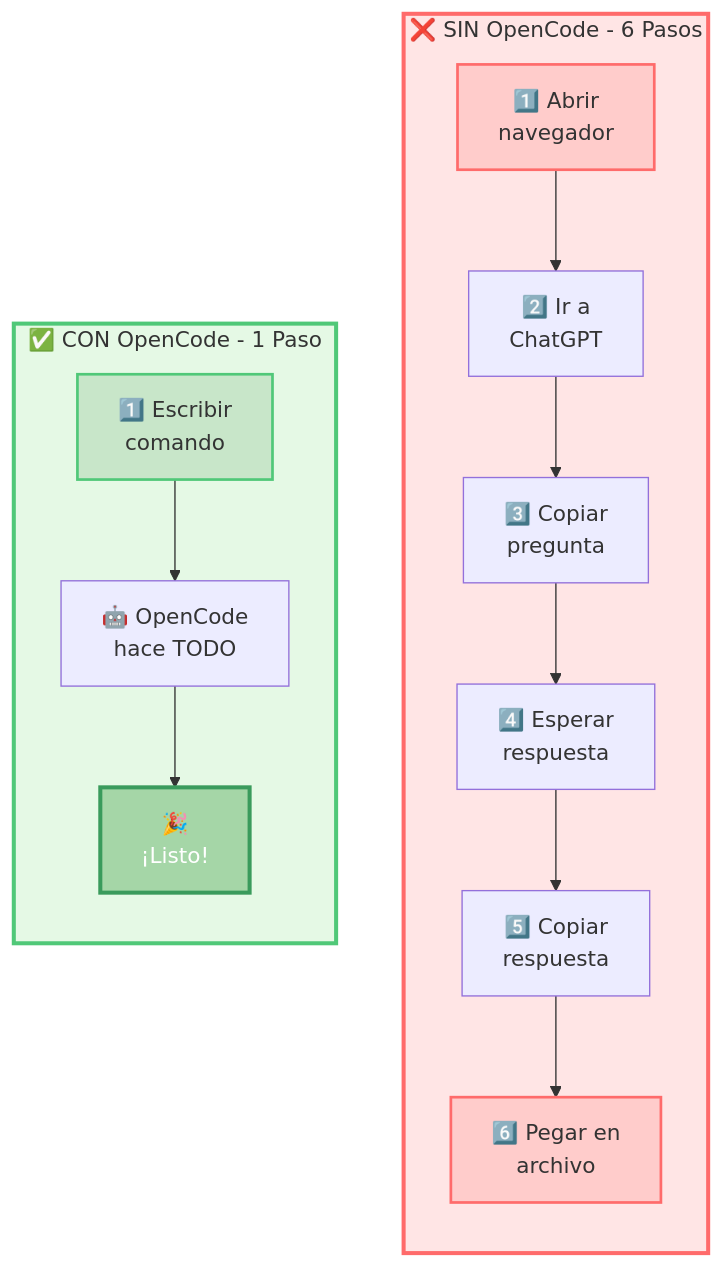
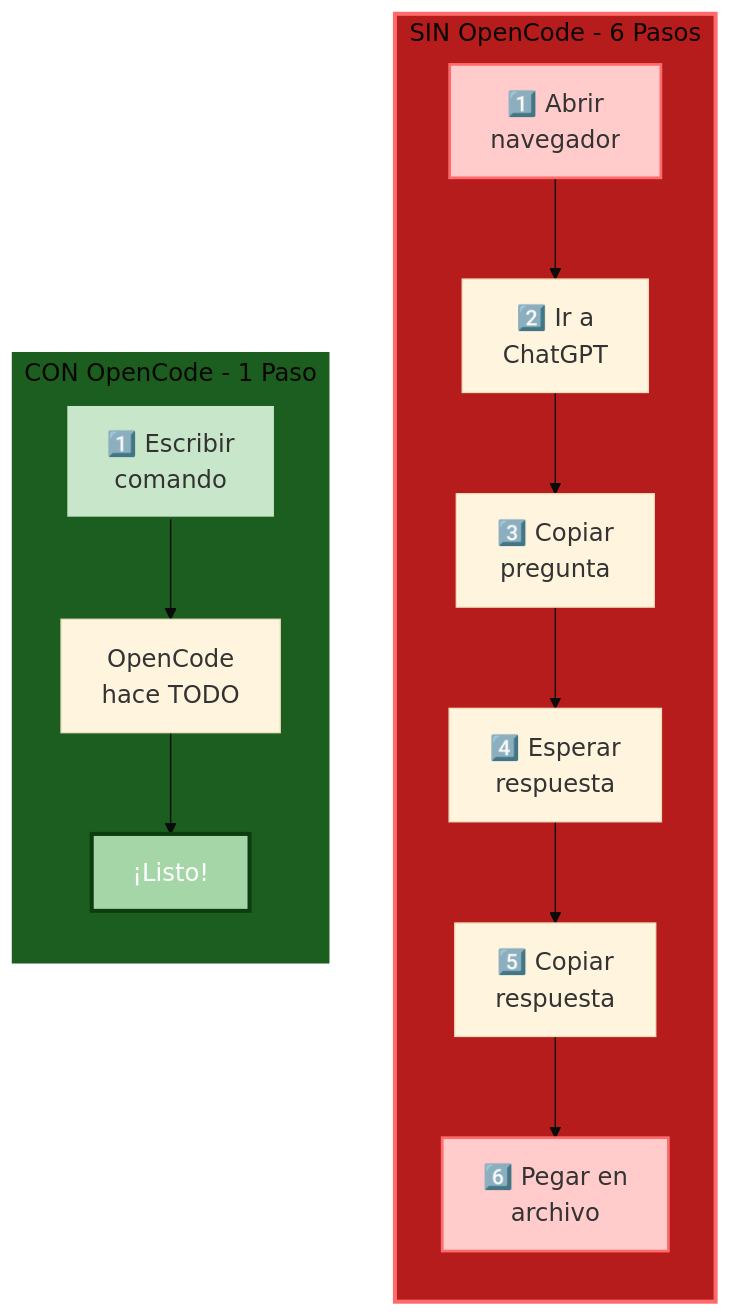
The fifth of 12 diagrams in courses/🟡-development/FPUNA-2026/00-FUNDAMENTOS-PRINCIPALES/01-configuracion-stack-ia.md (Ai-Whisperers/Courses-Content), drawn with Mermaid before and after one commit. The commit also changed other lines of this file and 47 other files, not shown here.

First line of the commit message:
fix: Make all 473 diagrams WCAG AAA accessible (FPUNA-2026)

````diff
--- a/courses/🟡-development/FPUNA-2026/00-FUNDAMENTOS-PRINCIPALES/01-configuracion-stack-ia.md
+++ b/courses/🟡-development/FPUNA-2026/00-FUNDAMENTOS-PRINCIPALES/01-configuracion-stack-ia.md
@@ -229,23 +233,24 @@
 ```mermaid
+%%{init: {'theme':'base', 'themeVariables': {'fontSize':'18px'}}}%%
 graph TB
-    subgraph Slow["❌ SIN OpenCode - 6 Pasos"]
+    subgraph Slow["SIN OpenCode - 6 Pasos"]
         direction TB
         A1["1️⃣ Abrir<br/>navegador"] --> A2["2️⃣ Ir a<br/>ChatGPT"]
         A2 --> A3["3️⃣ Copiar<br/>pregunta"]
         A3 --> A4["4️⃣ Esperar<br/>respuesta"]
         A4 --> A5["5️⃣ Copiar<br/>respuesta"]
         A5 --> A6["6️⃣ Pegar en<br/>archivo"]
     end
     
-    subgraph Fast["✅ CON OpenCode - 1 Paso"]
+    subgraph Fast["CON OpenCode - 1 Paso"]
         direction TB
-        B1["1️⃣ Escribir<br/>comando"] --> B2["🤖 OpenCode<br/>hace TODO"] --> B3["🎉<br/>¡Listo!"]
+        B1["1️⃣ Escribir<br/>comando"] --> B2["OpenCode<br/>hace TODO"] --> B3["¡Listo!"]
     end
     
-    style Slow fill:#FFE5E5,stroke:#FF6B6B,stroke-width:3px
-    style Fast fill:#E5F9E5,stroke:#50C878,stroke-width:3px
+    style Slow fill:#b71c1c,stroke:#FF6B6B,stroke-width:3px
+    style Fast fill:#1b5e20,stroke:#1b5e20,stroke-width:3px
     style A1 fill:#FFCCCB,stroke:#FF6B6B,stroke-width:2px
     style A6 fill:#FFCCCB,stroke:#FF6B6B,stroke-width:2px
-    style B1 fill:#C8E6C9,stroke:#50C878,stroke-width:2px
-    style B3 fill:#A5D6A7,stroke:#3A9B5C,stroke-width:3px,color:#fff
+    style B1 fill:#C8E6C9,stroke:#1b5e20,stroke-width:2px
+    style B3 fill:#A5D6A7,stroke:#0d3d0f,stroke-width:3px,color:#fff
 ```
````
